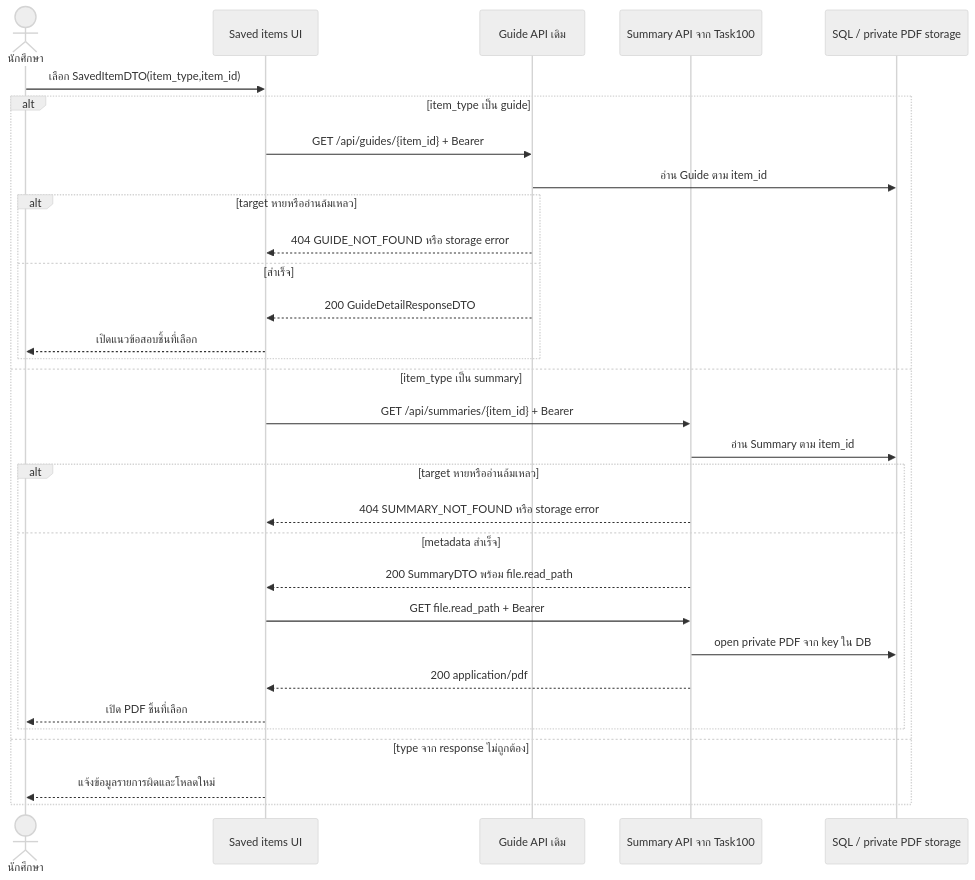
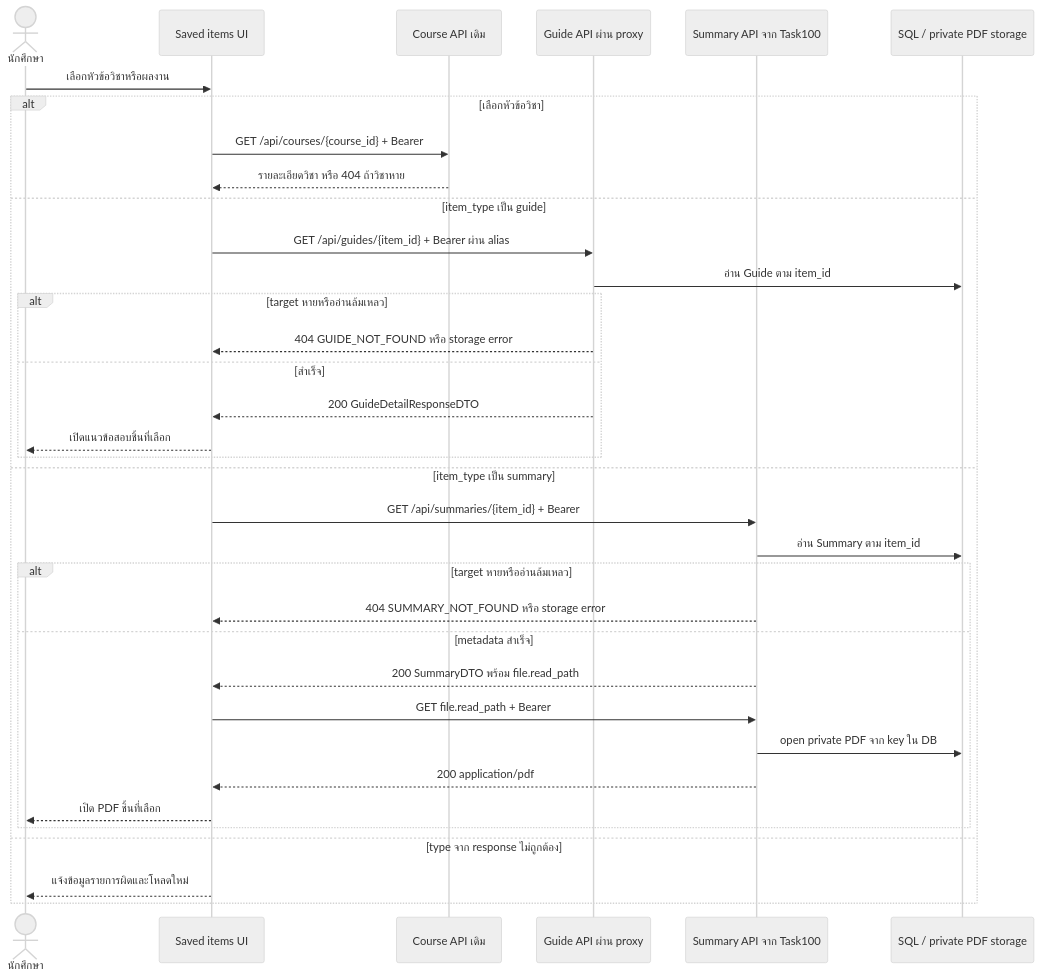
One commit to Lilieay/cs261-group4-100001 changed the third of 4 diagrams in docs/U10/design/task104-saved-items-dao-and-sequences.md. Above: the diagram before and after it, drawn with Mermaid (neutral theme). The commit also changed other lines of this file and 2 other files, not shown here.

Commit message:
docs(task104): specify course and guide open paths

````diff
--- a/docs/U10/design/task104-saved-items-dao-and-sequences.md
+++ b/docs/U10/design/task104-saved-items-dao-and-sequences.md
@@ -183,33 +186,37 @@
 ```mermaid
 sequenceDiagram
     actor Student as นักศึกษา
     participant UI as Saved items UI
-    participant GuideAPI as Guide API เดิม
+    participant CourseAPI as Course API เดิม
+    participant GuideAPI as Guide API ผ่าน proxy
     participant SummaryAPI as Summary API จาก Task100
     participant Storage as SQL / private PDF storage
-    Student->>UI: เลือก SavedItemDTO(item_type,item_id)
-    alt item_type เป็น guide
-        UI->>GuideAPI: GET /api/guides/{item_id} + Bearer
+    Student->>UI: เลือกหัวข้อวิชาหรือผลงาน
+    alt เลือกหัวข้อวิชา
+        UI->>CourseAPI: GET /api/courses/{course_id} + Bearer
+        CourseAPI-->>UI: รายละเอียดวิชา หรือ 404 ถ้าวิชาหาย
+    else item_type เป็น guide
+        UI->>GuideAPI: GET /api/guides/{item_id} + Bearer ผ่าน alias
         GuideAPI->>Storage: อ่าน Guide ตาม item_id
         alt target หายหรืออ่านล้มเหลว
             GuideAPI-->>UI: 404 GUIDE_NOT_FOUND หรือ storage error
         else สำเร็จ
             GuideAPI-->>UI: 200 GuideDetailResponseDTO
             UI-->>Student: เปิดแนวข้อสอบชิ้นที่เลือก
         end
     else item_type เป็น summary
         UI->>SummaryAPI: GET /api/summaries/{item_id} + Bearer
         SummaryAPI->>Storage: อ่าน Summary ตาม item_id
         alt target หายหรืออ่านล้มเหลว
             SummaryAPI-->>UI: 404 SUMMARY_NOT_FOUND หรือ storage error
         else metadata สำเร็จ
             SummaryAPI-->>UI: 200 SummaryDTO พร้อม file.read_path
             UI->>SummaryAPI: GET file.read_path + Bearer
             SummaryAPI->>Storage: open private PDF จาก key ใน DB
             SummaryAPI-->>UI: 200 application/pdf
             UI-->>Student: เปิด PDF ชิ้นที่เลือก
         end
     else type จาก response ไม่ถูกต้อง
         UI-->>Student: แจ้งข้อมูลรายการผิดและโหลดใหม่
     end
 ```
````
